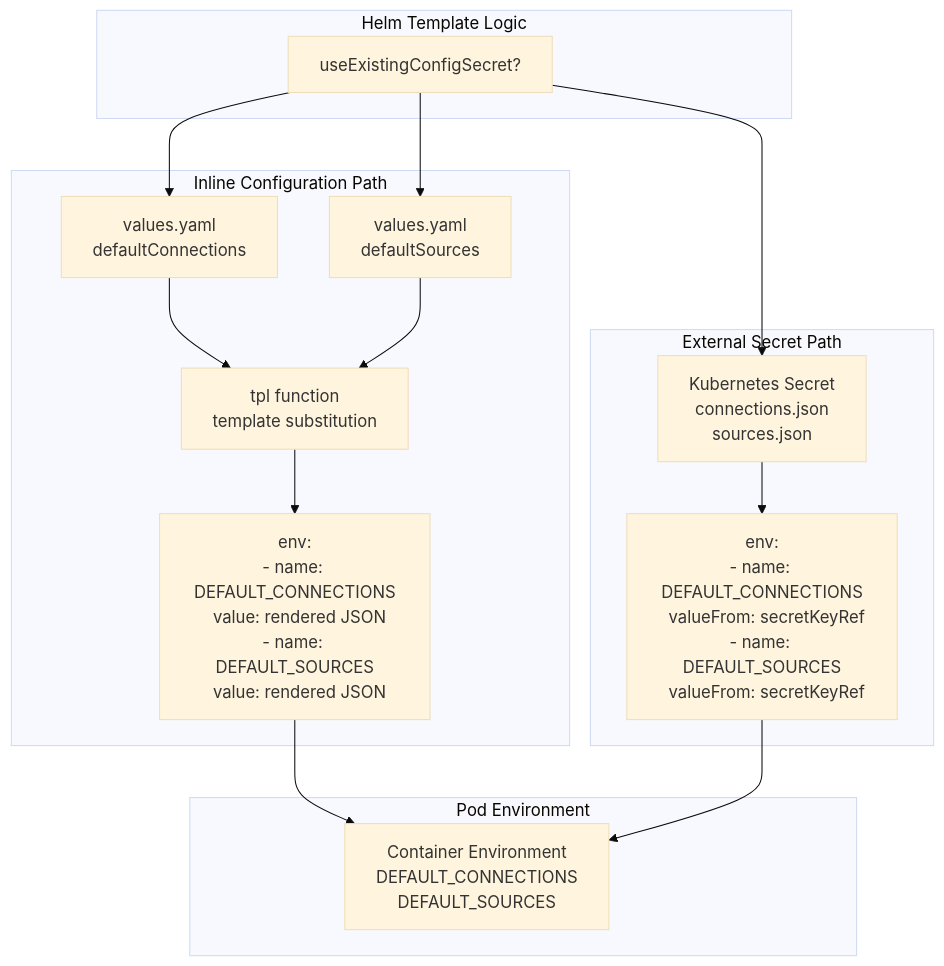
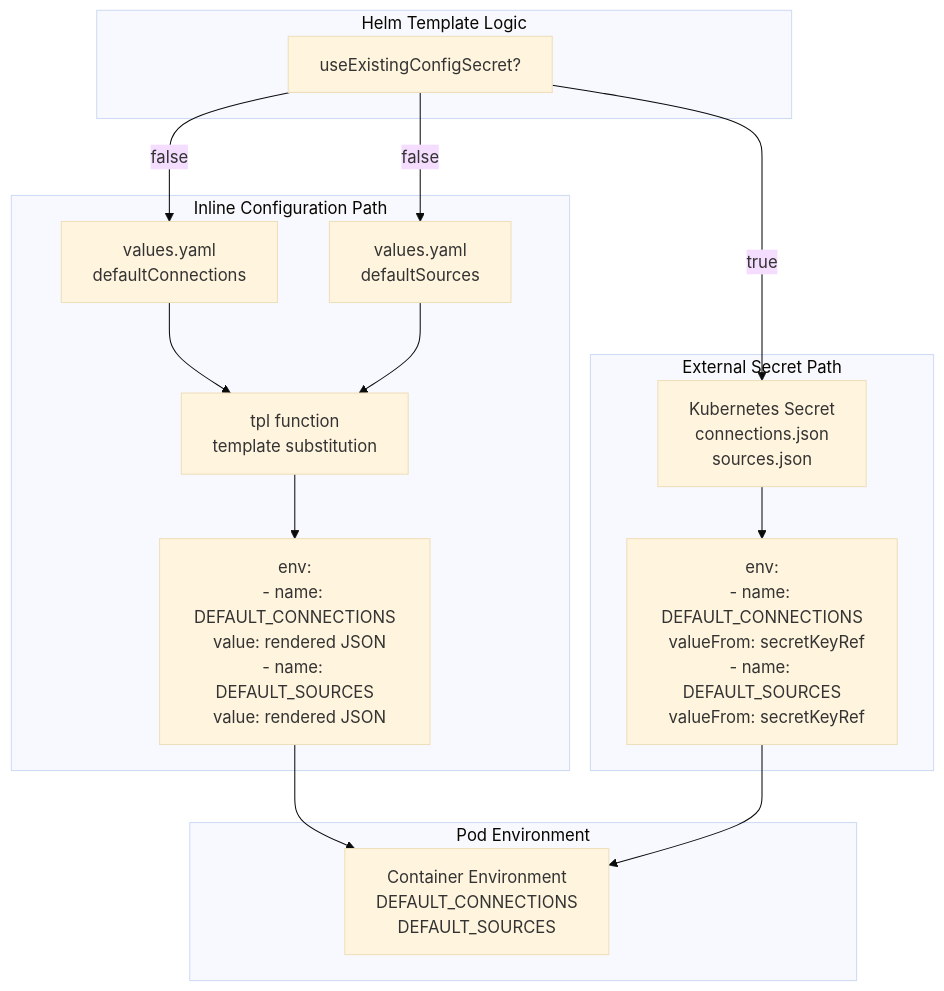
The fourth of 4 diagrams in docs/hyperdxio-helm-charts-docs/Data-Sources-and-Connections.md (openchoreo/openchoreo), drawn with Mermaid (base theme) before and after one commit. The commit also changed other lines of this file and 85 other files, not shown here.

Commit message:
feat: Add new workflow and specification templates, update Helm chart dependencies, and clarify documentation diagrams.

````diff
--- a/docs/hyperdxio-helm-charts-docs/Data-Sources-and-Connections.md
+++ b/docs/hyperdxio-helm-charts-docs/Data-Sources-and-Connections.md
@@ -478,42 +478,42 @@
 ```mermaid
 flowchart TD
 
 UseExisting["useExistingConfigSecret?"]
 InlineConnections["values.yaml<br>defaultConnections"]
 InlineSources["values.yaml<br>defaultSources"]
 TplFunction["tpl function<br>template substitution"]
 EnvInline["env:<br>- name: DEFAULT_CONNECTIONS<br>  value: rendered JSON<br>- name: DEFAULT_SOURCES<br>  value: rendered JSON"]
 ExternalSecret["Kubernetes Secret<br>connections.json<br>sources.json"]
 EnvExternal["env:<br>- name: DEFAULT_CONNECTIONS<br>  valueFrom: secretKeyRef<br>- name: DEFAULT_SOURCES<br>  valueFrom: secretKeyRef"]
 PodEnv["Container Environment<br>DEFAULT_CONNECTIONS<br>DEFAULT_SOURCES"]
 
-UseExisting --> InlineConnections
-UseExisting --> InlineSources
-UseExisting --> ExternalSecret
+UseExisting -->|"false"| InlineConnections
+UseExisting -->|"false"| InlineSources
+UseExisting -->|"true"| ExternalSecret
 EnvInline --> PodEnv
 EnvExternal --> PodEnv
 
 subgraph subGraph3 ["Pod Environment"]
     PodEnv
 end
 
 subgraph subGraph2 ["External Secret Path"]
     ExternalSecret
     EnvExternal
     ExternalSecret --> EnvExternal
 end
 
 subgraph subGraph1 ["Inline Configuration Path"]
     InlineConnections
     InlineSources
     TplFunction
     EnvInline
     InlineConnections --> TplFunction
     InlineSources --> TplFunction
     TplFunction --> EnvInline
 end
 
 subgraph subGraph0 ["Helm Template Logic"]
     UseExisting
 end
 ```
````
